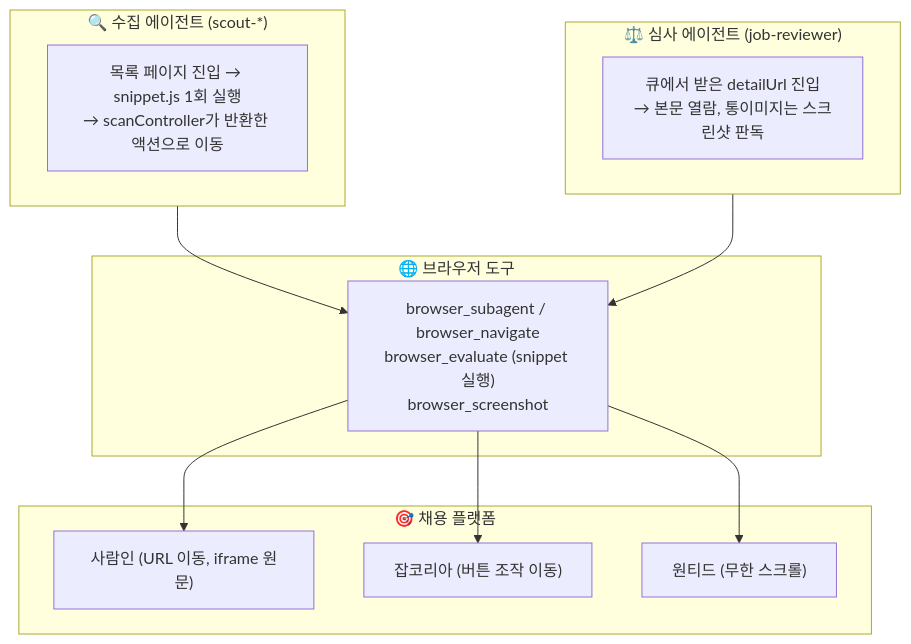
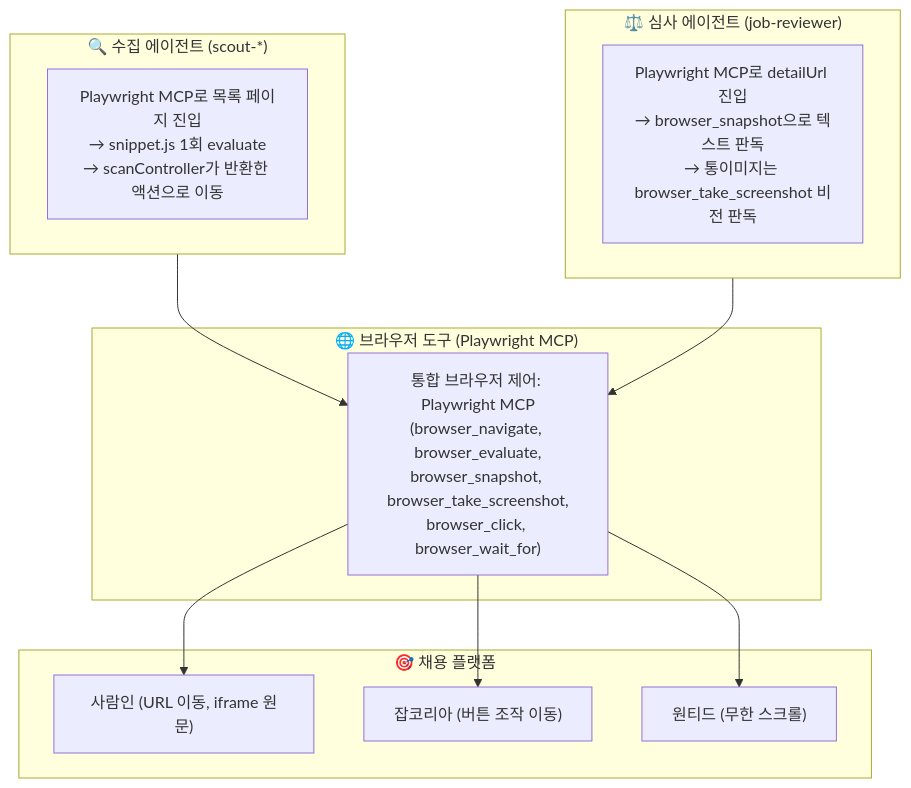
Before and after one commit to YeonShin/job-scraping-multi-agent: the diagram in docs/04-browsing-and-mcp-strategy.md, drawn with Mermaid. The commit also changed other lines of this file and 13 other files, not shown here.

First line of the commit message:
docs: 브라우징 도구를 Playwright MCP로 일원화하고 탐색·심사 규격 문서 최신화

````diff
--- a/docs/04-browsing-and-mcp-strategy.md
+++ b/docs/04-browsing-and-mcp-strategy.md
@@ -9,24 +9,24 @@
 ```mermaid
 flowchart TD
     subgraph Scout ["🔍 수집 에이전트 (scout-*)"]
-        ScoutAction["목록 페이지 진입 → snippet.js 1회 실행<br/>→ scanController가 반환한 액션으로 이동"]
+        ScoutAction["Playwright MCP로 목록 페이지 진입<br/>→ snippet.js 1회 evaluate<br/>→ scanController가 반환한 액션으로 이동"]
     end
 
     subgraph Reviewer ["⚖️ 심사 에이전트 (job-reviewer)"]
-        ReviewAction["큐에서 받은 detailUrl 진입<br/>→ 본문 열람, 통이미지는 스크린샷 판독"]
+        ReviewAction["Playwright MCP로 detailUrl 진입<br/>→ browser_snapshot으로 텍스트 판독<br/>→ 통이미지는 browser_take_screenshot 비전 판독"]
     end
 
-    subgraph BrowserInterface ["🌐 브라우저 도구"]
-        Tools["browser_subagent / browser_navigate<br/>browser_evaluate (snippet 실행)<br/>browser_screenshot"]
+    subgraph BrowserInterface ["🌐 브라우저 도구 (Playwright MCP)"]
+        Tools["통합 브라우저 제어: Playwright MCP<br/>(browser_navigate, browser_evaluate,<br/>browser_snapshot, browser_take_screenshot,<br/>browser_click, browser_wait_for)"]
     end
 
     subgraph Targets ["🎯 채용 플랫폼"]
         Saramin["사람인 (URL 이동, iframe 원문)"]
         Jobkorea["잡코리아 (버튼 조작 이동)"]
         Wanted["원티드 (무한 스크롤)"]
     end
 
     Scout --> Tools
     Reviewer --> Tools
     Tools --> Saramin & Jobkorea & Wanted
 ```
````
